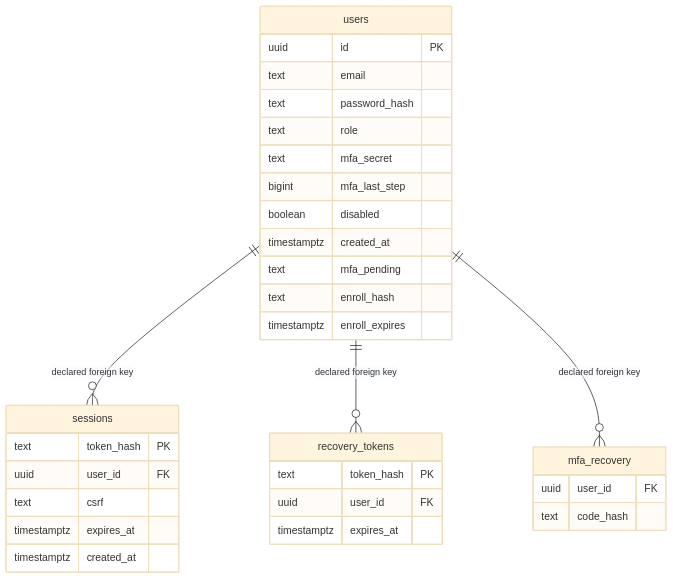
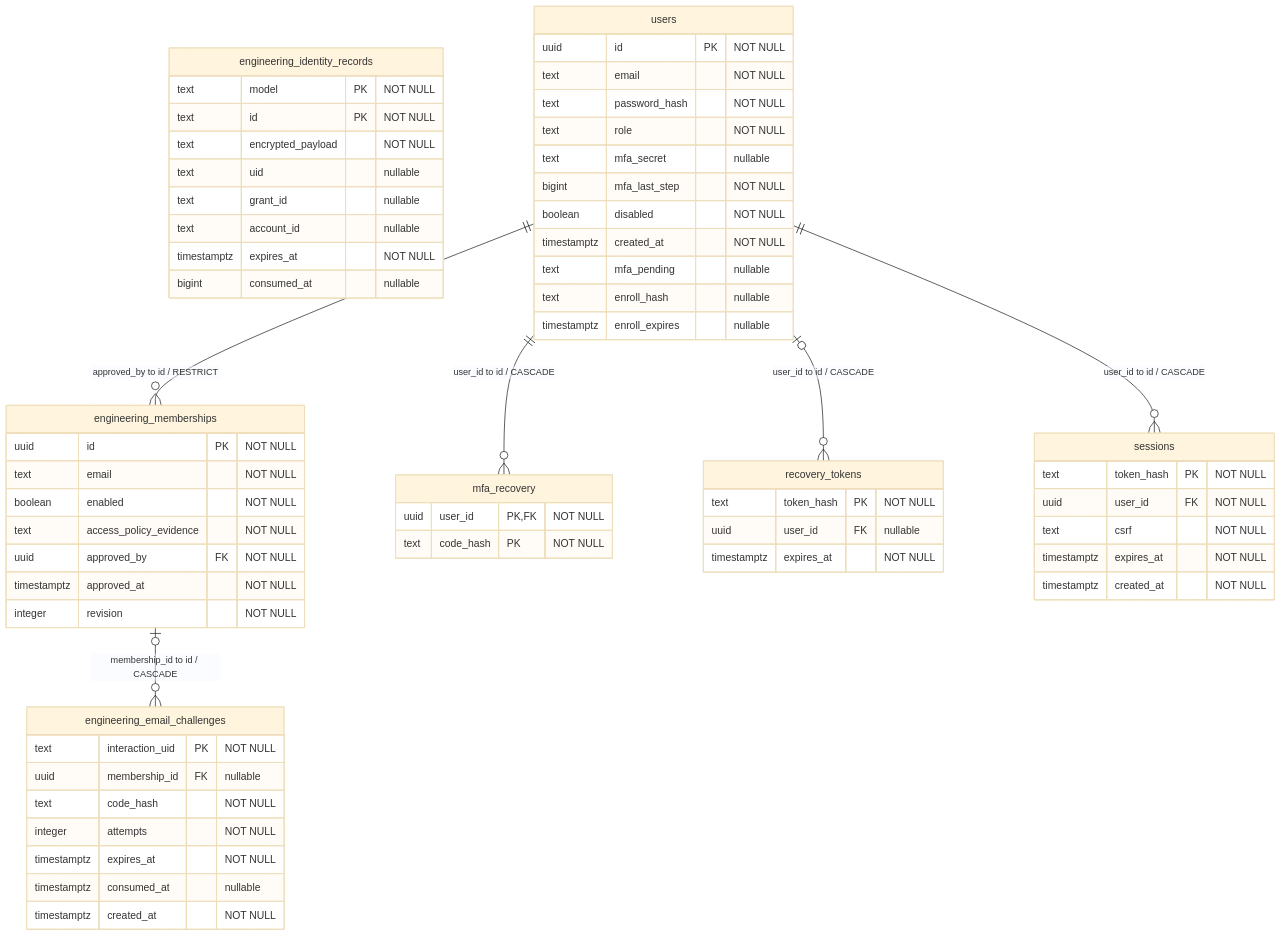
One commit to DruHustle/onesa-ai-platform changed the diagram in docs/diagrams/portal-database-identity.mmd. Above: the diagram before and after it, drawn with Mermaid (base theme). The commit also changed 25 other files, not shown here.

Commit message:
docs: refresh Portal schema and protected identity references

```diff
--- a/docs/diagrams/portal-database-identity.mmd
+++ b/docs/diagrams/portal-database-identity.mmd
@@ -1,33 +1,64 @@
+%% Portal source schema SHA256: 7fe751ef30a47ee8fa6d9f23416eb48dea97e0e90c6c5fdcc97cd0c656fd0d86
 erDiagram
-  users {
-    uuid id PK
-    text email
-    text password_hash
-    text role
-    text mfa_secret
-    bigint mfa_last_step
-    boolean disabled
-    timestamptz created_at
-    text mfa_pending
-    text enroll_hash
-    timestamptz enroll_expires
+  engineering_email_challenges {
+    text interaction_uid PK "NOT NULL"
+    uuid membership_id FK "nullable"
+    text code_hash "NOT NULL"
+    integer attempts "NOT NULL"
+    timestamptz expires_at "NOT NULL"
+    timestamptz consumed_at "nullable"
+    timestamptz created_at "NOT NULL"
+  }
+  engineering_identity_records {
+    text model PK "NOT NULL"
+    text id PK "NOT NULL"
+    text encrypted_payload "NOT NULL"
+    text uid "nullable"
+    text grant_id "nullable"
+    text account_id "nullable"
+    timestamptz expires_at "NOT NULL"
+    bigint consumed_at "nullable"
+  }
+  engineering_memberships {
+    uuid id PK "NOT NULL"
+    text email "NOT NULL"
+    boolean enabled "NOT NULL"
+    text access_policy_evidence "NOT NULL"
+    uuid approved_by FK "NOT NULL"
+    timestamptz approved_at "NOT NULL"
+    integer revision "NOT NULL"
+  }
+  mfa_recovery {
+    uuid user_id PK,FK "NOT NULL"
+    text code_hash PK "NOT NULL"
+  }
+  recovery_tokens {
+    text token_hash PK "NOT NULL"
+    uuid user_id FK "nullable"
+    timestamptz expires_at "NOT NULL"
   }
   sessions {
-    text token_hash PK
-    uuid user_id FK
-    text csrf
-    timestamptz expires_at
-    timestamptz created_at
+    text token_hash PK "NOT NULL"
+    uuid user_id FK "NOT NULL"
+    text csrf "NOT NULL"
+    timestamptz expires_at "NOT NULL"
+    timestamptz created_at "NOT NULL"
   }
-  recovery_tokens {
-    text token_hash PK
-    uuid user_id FK
-    timestamptz expires_at
+  users {
+    uuid id PK "NOT NULL"
+    text email "NOT NULL"
+    text password_hash "NOT NULL"
+    text role "NOT NULL"
+    text mfa_secret "nullable"
+    bigint mfa_last_step "NOT NULL"
+    boolean disabled "NOT NULL"
+    timestamptz created_at "NOT NULL"
+    text mfa_pending "nullable"
+    text enroll_hash "nullable"
+    timestamptz enroll_expires "nullable"
   }
-  mfa_recovery {
-    uuid user_id FK
-    text code_hash
-  }
-  users ||--o{ sessions : "declared foreign key"
-  users ||--o{ recovery_tokens : "declared foreign key"
-  users ||--o{ mfa_recovery : "declared foreign key"
+  engineering_memberships o|--o{ engineering_email_challenges : "membership_id to id / CASCADE"
+  users ||--o{ engineering_memberships : "approved_by to id / RESTRICT"
+  users ||--o{ mfa_recovery : "user_id to id / CASCADE"
+  users o|--o{ recovery_tokens : "user_id to id / CASCADE"
+  users ||--o{ sessions : "user_id to id / CASCADE"
```
